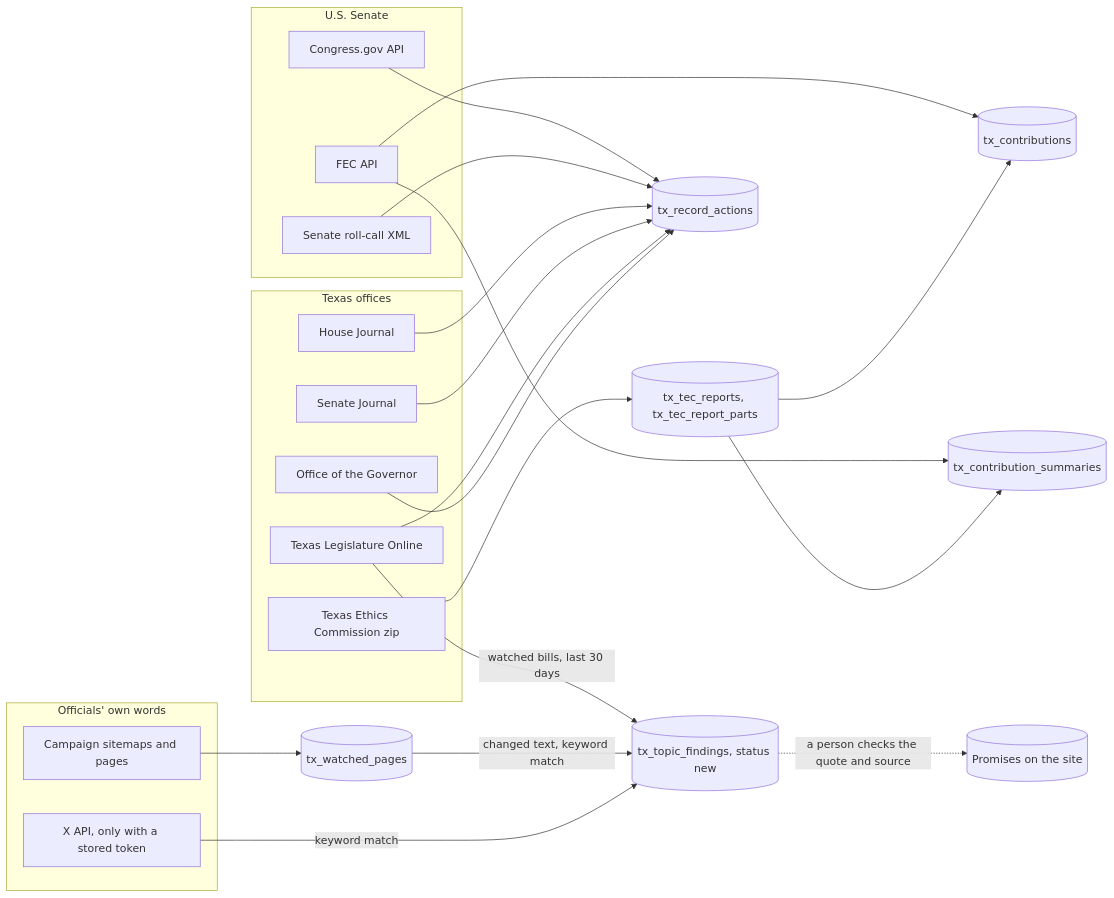
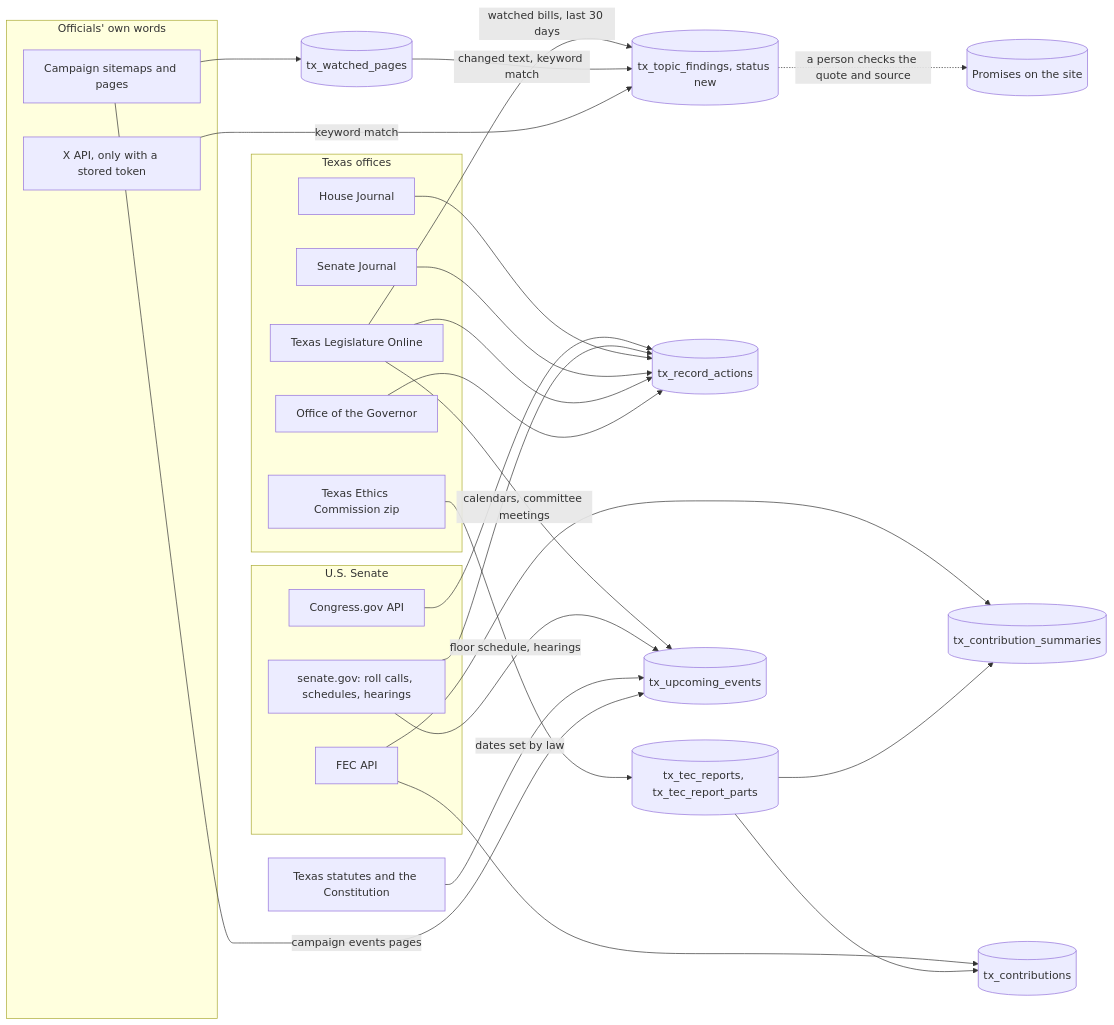
Before and after one commit to stozo04/tx-promise-tracker: the first of 2 diagrams in SYNC.md, drawn with Mermaid. The commit also changed other lines of this file and 42 other files, not shown here.

````diff
--- a/SYNC.md
+++ b/SYNC.md
@@ -106,36 +180,40 @@
 ```mermaid
 flowchart LR
   subgraph Federal["U.S. Senate"]
     FEC["FEC API"]
     CONG["Congress.gov API"]
-    SEN["Senate roll-call XML"]
+    SEN["senate.gov: roll calls, schedules, hearings"]
   end
   subgraph Texas["Texas offices"]
     HJ["House Journal"]
     SJ["Senate Journal"]
     TLO["Texas Legislature Online"]
     GOV["Office of the Governor"]
     TEC["Texas Ethics Commission zip"]
   end
   subgraph Campaign["Officials' own words"]
     SITE["Campaign sitemaps and pages"]
     X["X API, only with a stored token"]
   end
 
   FEC --> SUM[("tx_contribution_summaries")]
   FEC --> GIFTS[("tx_contributions")]
   TEC --> TECR[("tx_tec_reports, tx_tec_report_parts")]
   TECR --> SUM
   TECR --> GIFTS
   CONG --> ACT[("tx_record_actions")]
   SEN --> ACT
   HJ --> ACT
   SJ --> ACT
   TLO --> ACT
   GOV --> ACT
   TLO -- "watched bills, last 30 days" --> FIND[("tx_topic_findings, status new")]
+  TLO -- "calendars, committee meetings" --> EV[("tx_upcoming_events")]
+  SEN -- "floor schedule, hearings" --> EV
+  LAW["Texas statutes and the Constitution"] -- "dates set by law" --> EV
+  SITE -- "campaign events pages" --> EV
   SITE --> PAGES[("tx_watched_pages")]
   PAGES -- "changed text, keyword match" --> FIND
   X -- "keyword match" --> FIND
   FIND -. "a person checks the quote and source" .-> PROM[("Promises on the site")]
 ```
````
